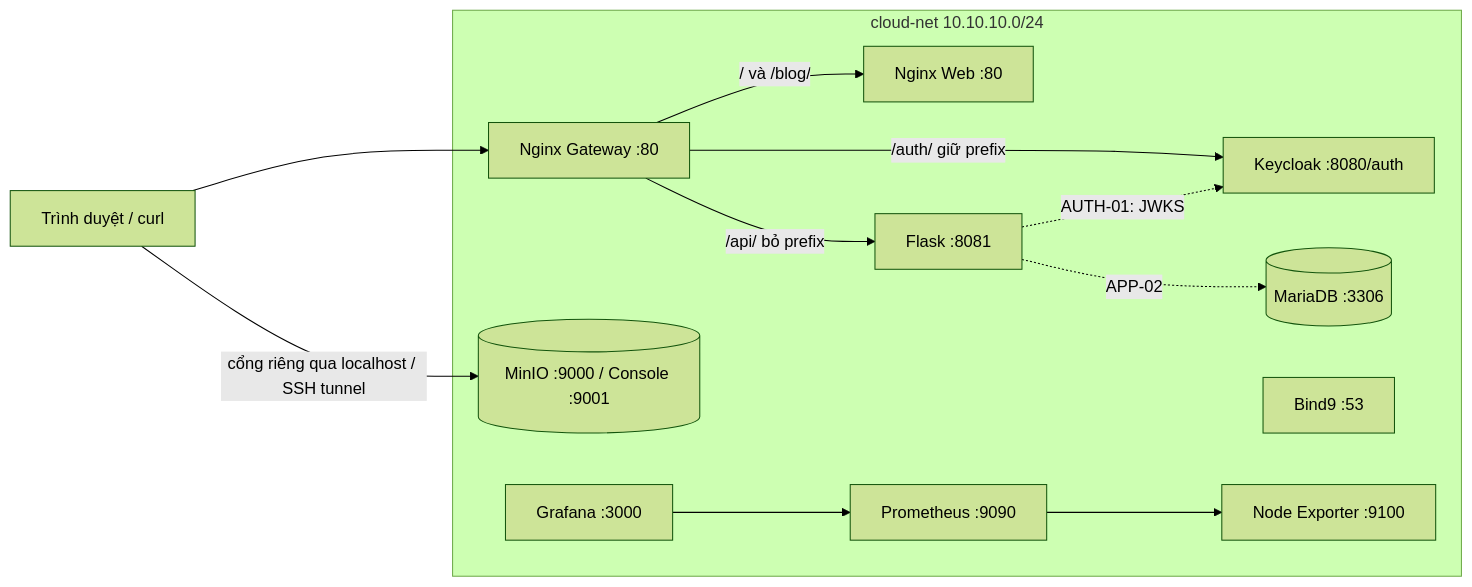
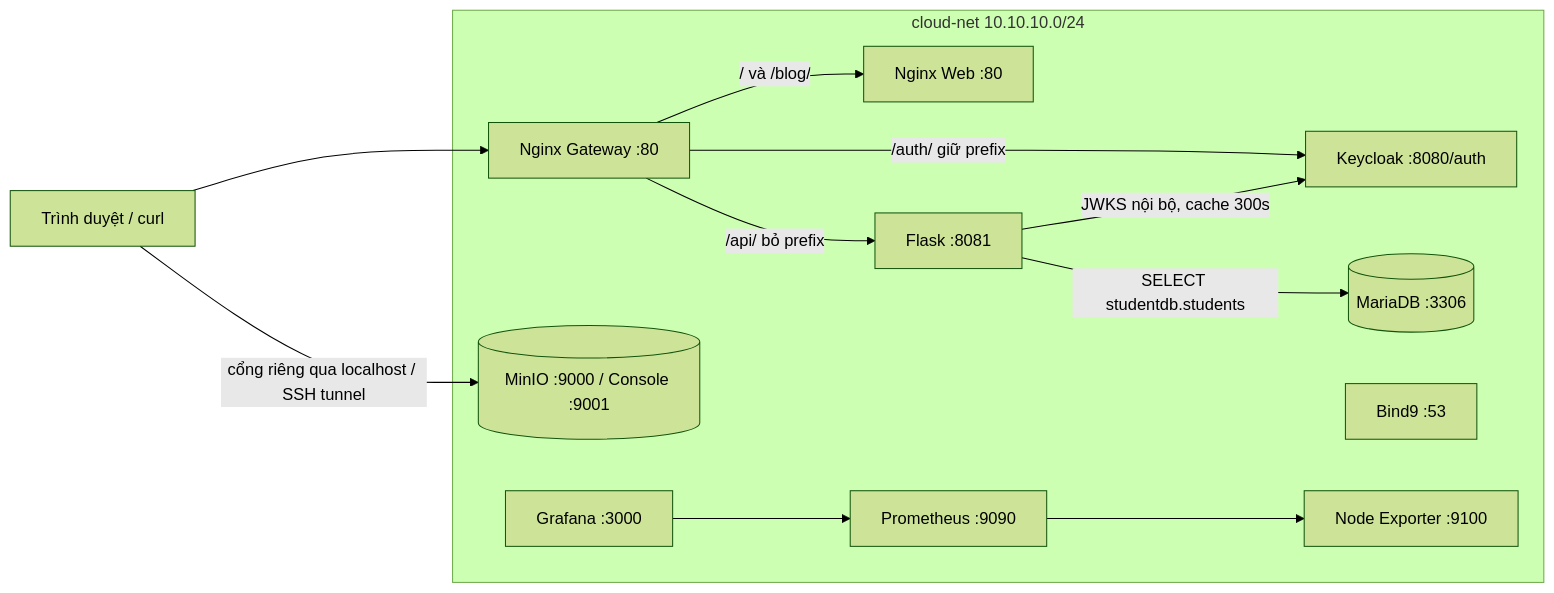
Before and after one commit to datphan3201/TDTU-CLOUD-2026: the diagram in docs/ARCHITECTURE.md, drawn with Mermaid (forest theme). The commit also changed other lines of this file and 26 other files, not shown here.

````diff
--- a/docs/ARCHITECTURE.md
+++ b/docs/ARCHITECTURE.md
@@ -7,16 +7,16 @@
 ```mermaid
 flowchart LR
     browser[Trình duyệt / curl] --> gateway[Nginx Gateway :80]
     subgraph cloud-net [cloud-net 10.10.10.0/24]
         gateway -->|/ và /blog/| web[Nginx Web :80]
         gateway -->|/api/ bỏ prefix| app[Flask :8081]
         gateway -->|/auth/ giữ prefix| auth[Keycloak :8080/auth]
-        app -. APP-02 .-> db[(MariaDB :3306)]
-        app -. AUTH-01: JWKS .-> auth
+        app -->|SELECT studentdb.students| db[(MariaDB :3306)]
+        app -->|JWKS nội bộ, cache 300s| auth
         dns[Bind9 :53]
         storage[(MinIO :9000 / Console :9001)]
         prom[Prometheus :9090] --> node[Node Exporter :9100]
         grafana[Grafana :3000] --> prom
     end
     browser -->|cổng riêng qua localhost / SSH tunnel| storage
 ```
````
